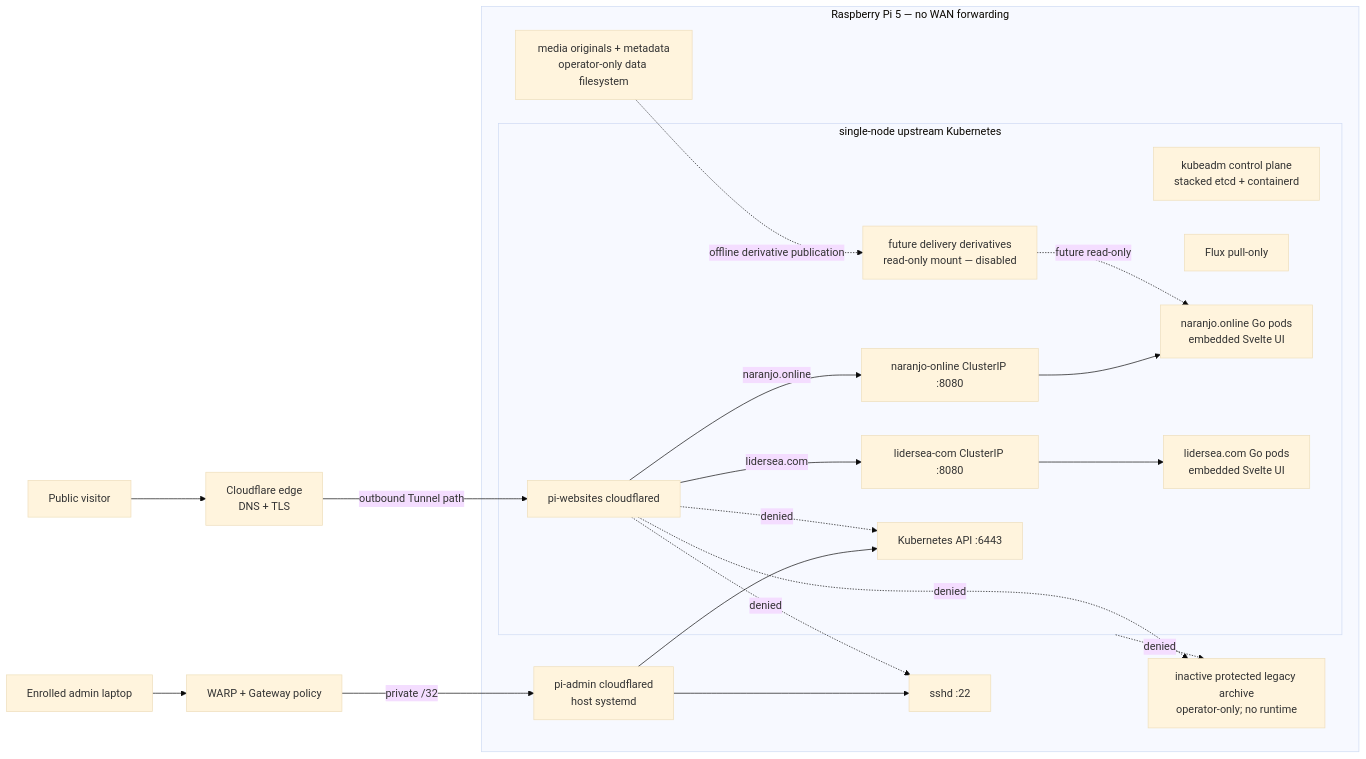
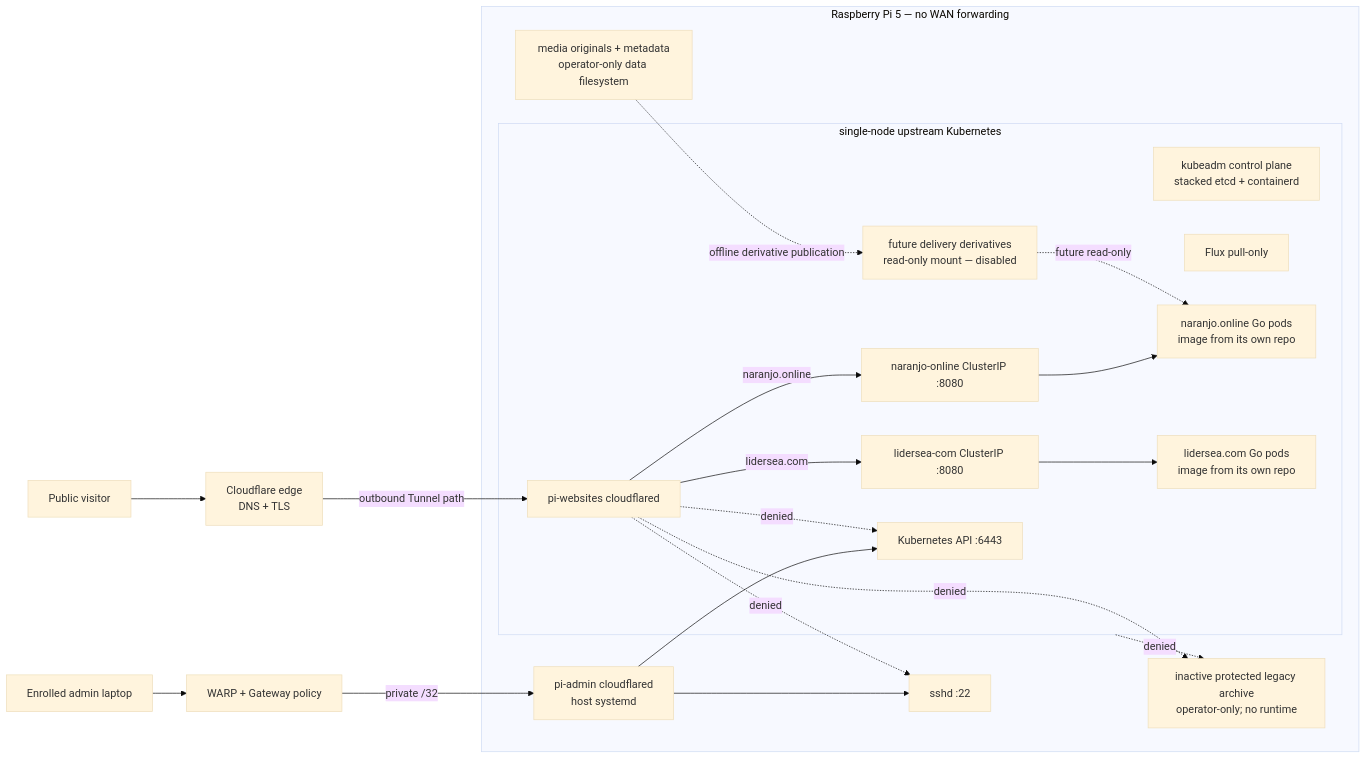
Before and after one commit to snaraj/website-infrastructure: the diagram in docs/architecture/overview.md, drawn with Mermaid (base theme). The commit also changed other lines of this file and 25 other files, not shown here.

````diff
--- a/docs/architecture/overview.md
+++ b/docs/architecture/overview.md
@@ -7,36 +7,36 @@
 ```mermaid
 flowchart LR
   Visitor["Public visitor"] --> Edge["Cloudflare edge\nDNS + TLS"]
   Admin["Enrolled admin laptop"] --> WARP["WARP + Gateway policy"]
 
   subgraph Pi["Raspberry Pi 5 — no WAN forwarding"]
     AdminTunnel["pi-admin cloudflared\nhost systemd"]
     SSH["sshd :22"]
     subgraph Kubernetes["single-node upstream Kubernetes"]
       API["Kubernetes API :6443"]
       ControlPlane["kubeadm control plane\nstacked etcd + containerd"]
       Flux["Flux pull-only"]
       PublicTunnel["pi-websites cloudflared"]
       NaranjoService["naranjo-online ClusterIP :8080"]
       LiderseaService["lidersea-com ClusterIP :8080"]
-      NaranjoPods["naranjo.online Go pods\nembedded Svelte UI"]
-      LiderseaPods["lidersea.com Go pods\nembedded Svelte UI"]
+      NaranjoPods["naranjo.online Go pods\nimage from its own repo"]
+      LiderseaPods["lidersea.com Go pods\nimage from its own repo"]
       Delivery["future delivery derivatives\nread-only mount — disabled"]
     end
     Originals["media originals + metadata\noperator-only data filesystem"]
     LegacyArchive["inactive protected legacy archive\noperator-only; no runtime"]
   end
 
   Edge -->|"outbound Tunnel path"| PublicTunnel
   PublicTunnel -->|"naranjo.online"| NaranjoService --> NaranjoPods
   PublicTunnel -->|"lidersea.com"| LiderseaService --> LiderseaPods
   Delivery -. "future read-only" .-> NaranjoPods
   Originals -. "offline derivative publication" .-> Delivery
   WARP -->|"private /32"| AdminTunnel
   AdminTunnel --> SSH
   AdminTunnel --> API
   PublicTunnel -. "denied" .-> SSH
   PublicTunnel -. "denied" .-> API
   PublicTunnel -. "denied" .-> LegacyArchive
   Kubernetes -. "denied" .-> LegacyArchive
 ```
````
